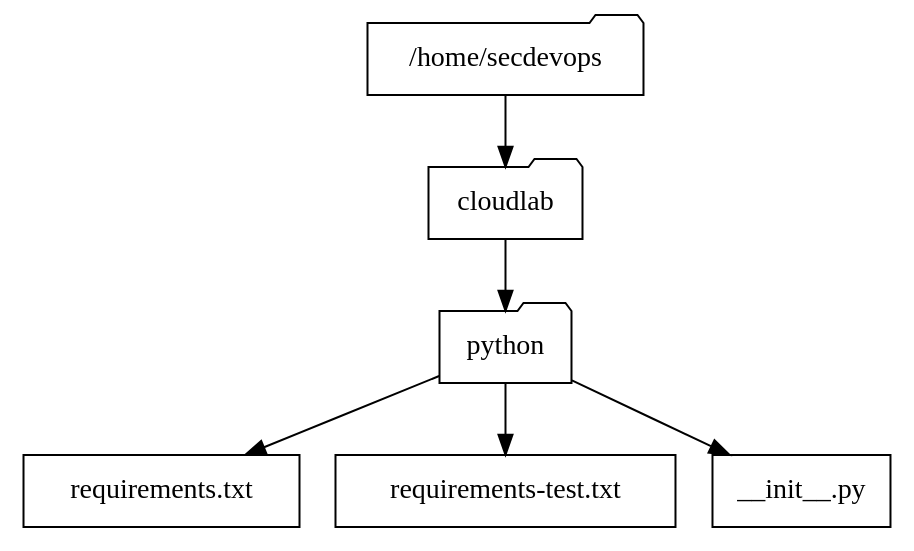
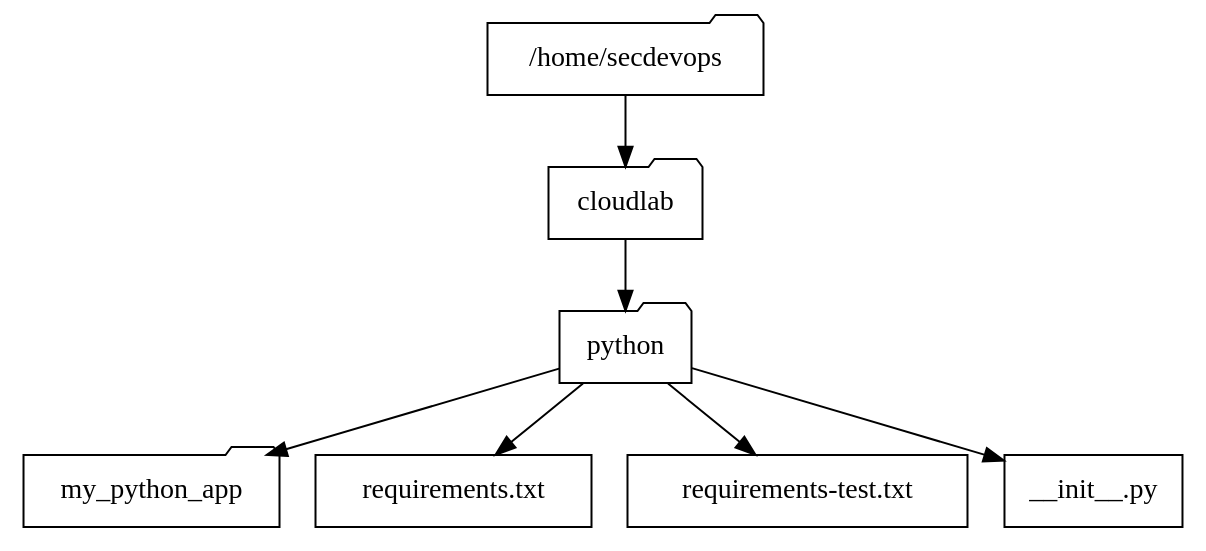
Before and after one commit to ajcborges/devsecops-tactical-workbook: the diagram in docs/_source/python.rst, drawn with Graphviz. The commit also changed other lines of this file and 16 other files, not shown here.

```diff
--- a/docs/_source/python.rst
+++ b/docs/_source/python.rst
@@ -82,17 +165,19 @@
 .. graphviz::
    :caption: Project Directory
    :align: center
 
    digraph folders {
       "/home/secdevops" [shape=folder];
       "cloudlab" [shape=folder];
       "python" [shape=folder];
+      "my_python_app" [shape=folder];
       "requirements.txt" [shape=rectangle];
       "requirements-test.txt" [shape=rectangle];
       "__init__.py" [shape=rectangle];
       "/home/secdevops" -> "cloudlab";
       "cloudlab" -> "python";
       "python" -> "__init__.py";
       "python" -> "requirements.txt";
       "python" -> "requirements-test.txt";
+      "python" -> "my_python_app";
    }
```
